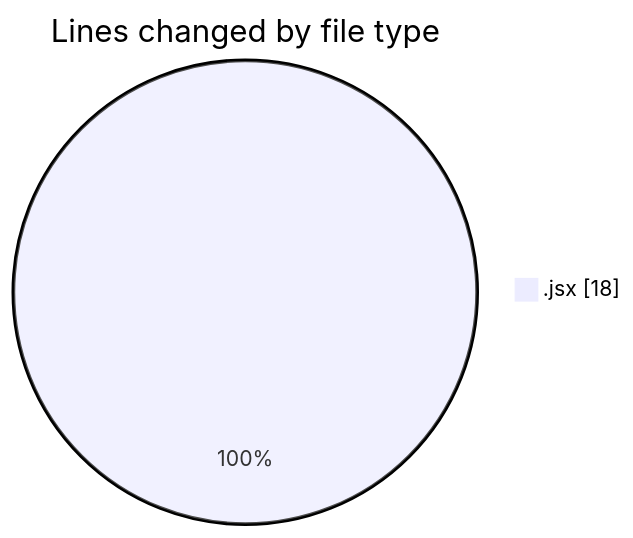
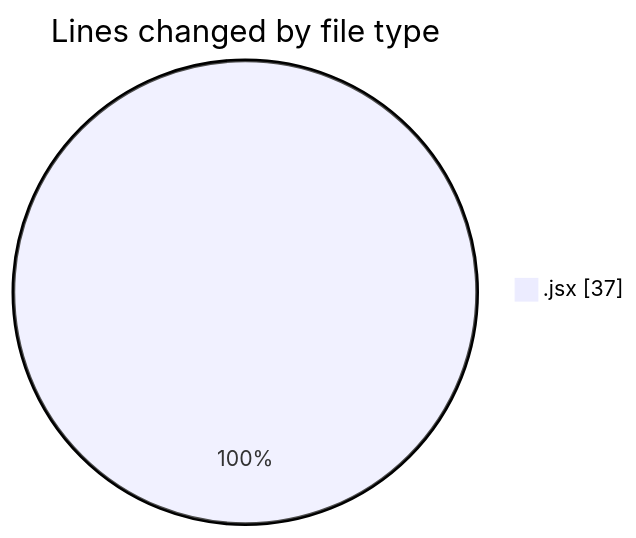
Before and after one commit to Elitesun/code-tracking: the first of 2 diagrams in 2025-01-29/react/README.md, drawn with Mermaid. The commit also changed other lines of this file and 1 other file, not shown here.

````diff
--- a/2025-01-29/react/README.md
+++ b/2025-01-29/react/README.md
@@ -21,5 +23,5 @@
 ```mermaid
 pie showData
 title Lines changed by file type
-".jsx" : 18
+".jsx" : 37
 ```
````
